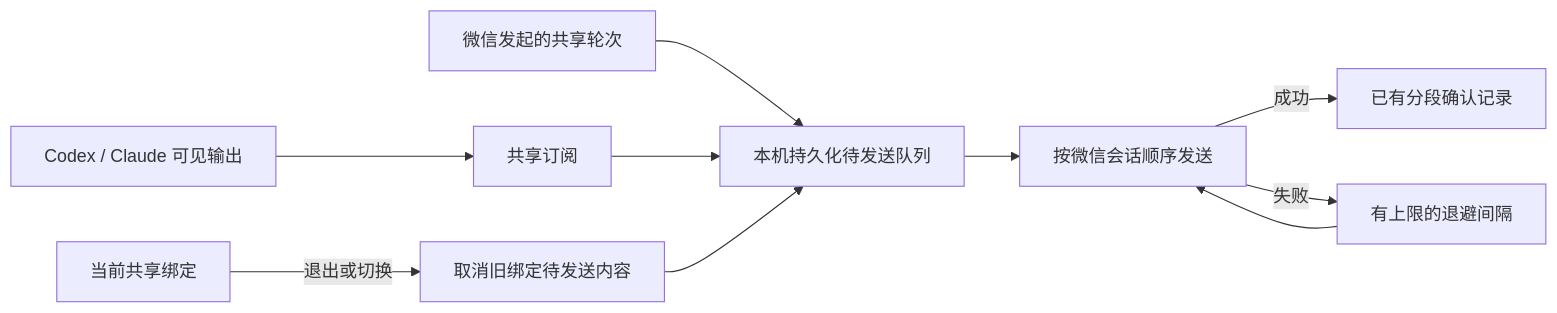
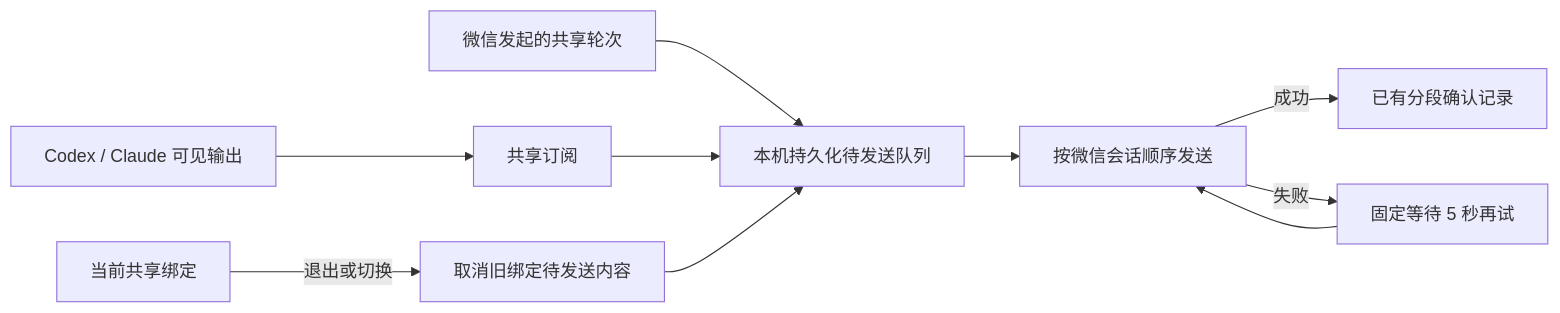
Before and after one commit to 5vrn9pvsb6-svg/wxBridge: the diagram in docs/design/shared-output-recovery.md, drawn with Mermaid. The commit also changed other lines of this file and 14 other files, not shown here.

````diff
--- a/docs/design/shared-output-recovery.md
+++ b/docs/design/shared-output-recovery.md
@@ -9,12 +9,12 @@
 ```mermaid
 flowchart LR
   C[Codex / Claude 可见输出] --> S[共享订阅]
   W[微信发起的共享轮次] --> Q[本机持久化待发送队列]
   S --> Q
   Q --> D[按微信会话顺序发送]
   D -->|成功| A[已有分段确认记录]
-  D -->|失败| R[有上限的退避间隔]
+  D -->|失败| R[固定等待 5 秒再试]
   R --> D
   B[当前共享绑定] -->|退出或切换| X[取消旧绑定待发送内容]
   X --> Q
 ```
````
